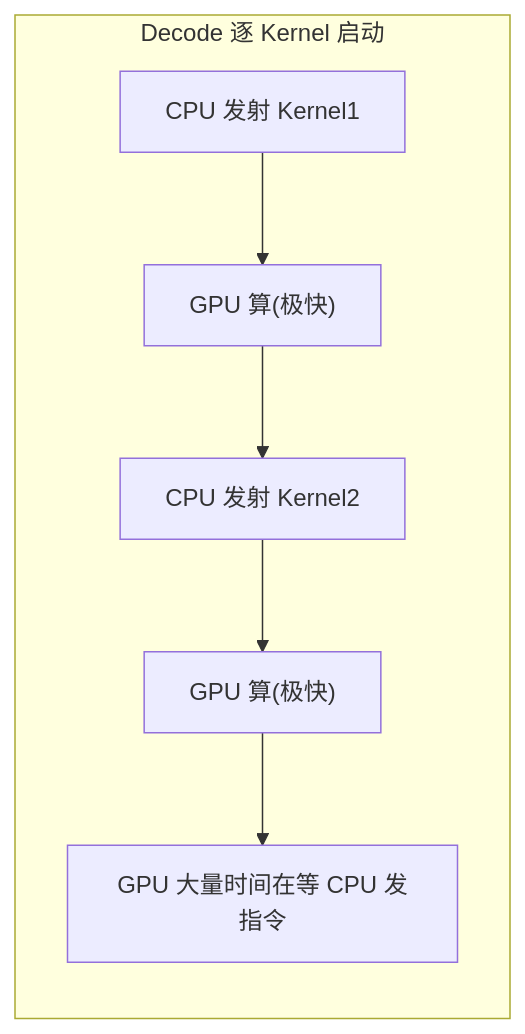
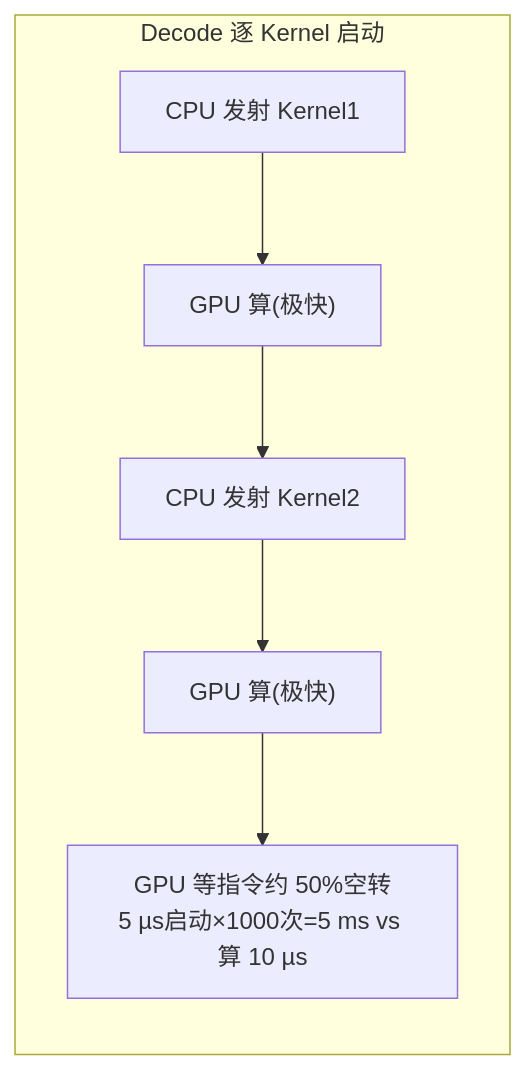
One commit to XiaYiHann/AIInfraGuide changed the first of 4 diagrams in docs/guides/模块四-推理优化/第2章-推理引擎核心技术/2.5-Attention 后端与图优化.md. Above: the diagram before and after it, drawn with Mermaid. The commit also changed other lines of this file and 21 other files, not shown here.

````diff
--- a/docs/guides/模块四-推理优化/第2章-推理引擎核心技术/2.5-Attention 后端与图优化.md
+++ b/docs/guides/模块四-推理优化/第2章-推理引擎核心技术/2.5-Attention 后端与图优化.md
@@ -38,9 +38,9 @@
 ```mermaid
 graph LR
     subgraph 无优化["Decode 逐 Kernel 启动"]
         A["CPU 发射 Kernel1"] --> B["GPU 算(极快)"]
         B --> C["CPU 发射 Kernel2"]
         C --> D["GPU 算(极快)"]
-        D --> E["GPU 大量时间在等 CPU 发指令"]
+        D --> E["GPU 等指令约 50%空转<br/>5 µs启动×1000次=5 ms vs 算 10 µs"]
     end
 ```
````
